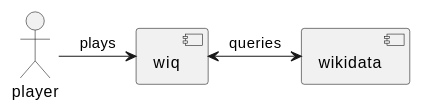
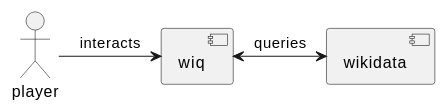
Before and after one commit to angelalvaigle/wiq_uo17919: the first of 2 diagrams in docs/src/03_system_scope_and_context.adoc, drawn with PlantUML. The commit also changed other lines of this file and 16 other files, not shown here.

```diff
--- a/docs/src/03_system_scope_and_context.adoc
+++ b/docs/src/03_system_scope_and_context.adoc
@@ -7,9 +7,9 @@
-[plantuml, "Business Context", svg]
+[plantuml, "business_context", svg]
 ----
 actor player
-Component wiq
-Component wikidata
+component wiq as "wiq"
+component wikidata as "wikidata"
 
-player -right-> wiq: plays
+player -right-> wiq: interacts
 wiq <-right-> wikidata: queries
 ----
```
